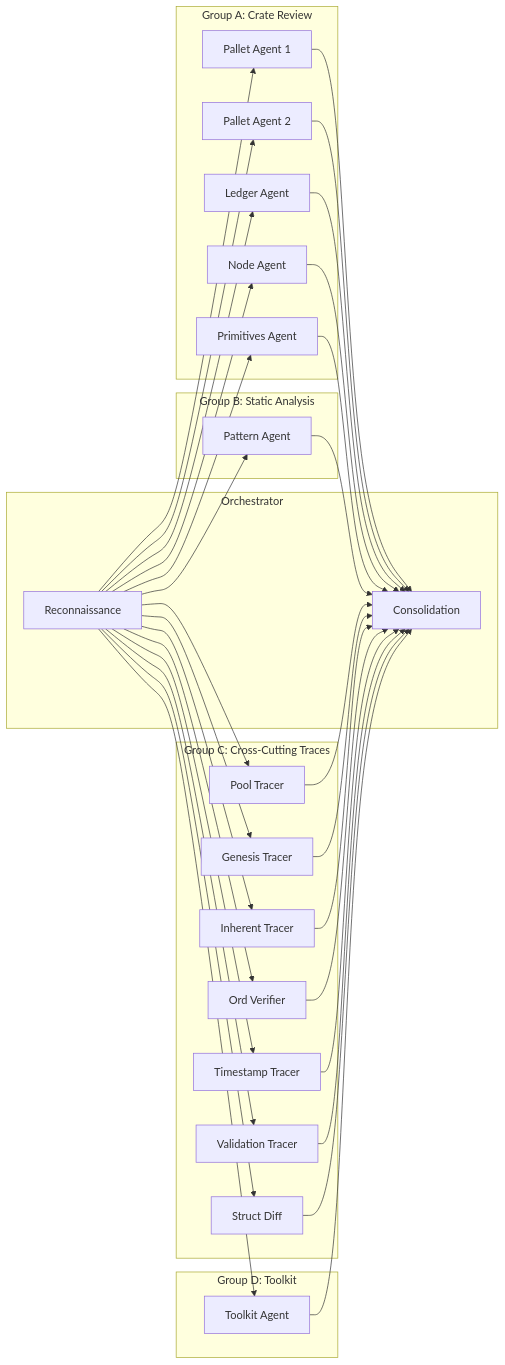
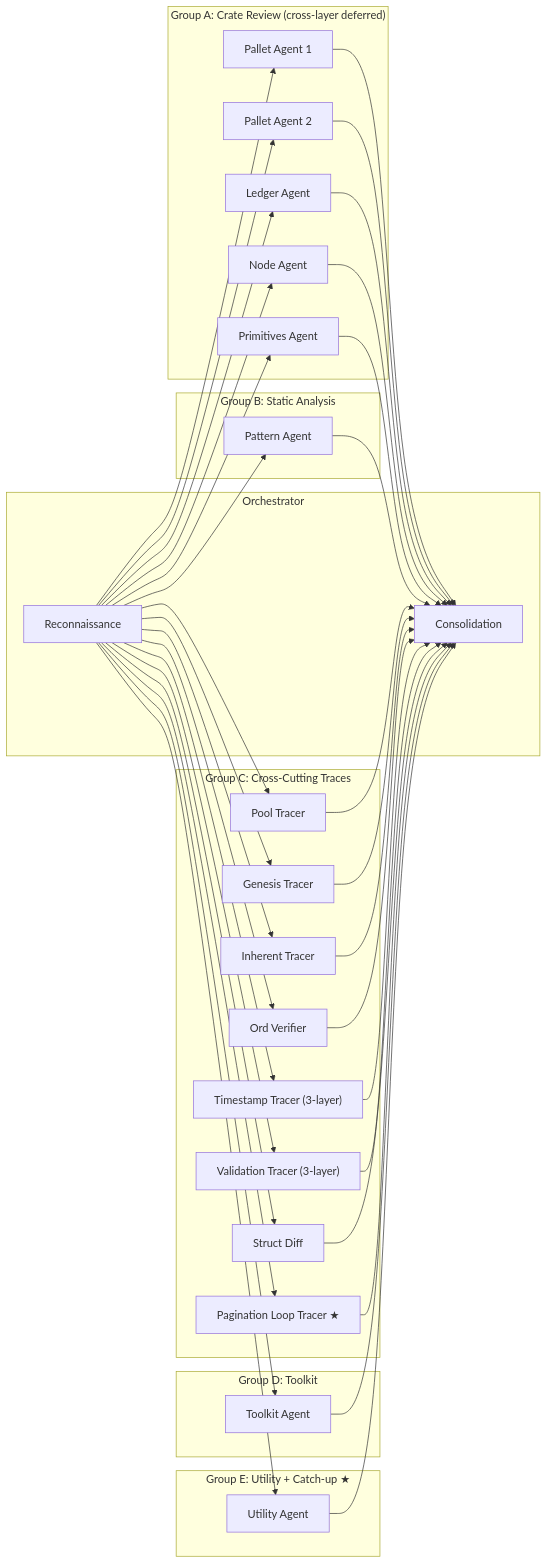
One commit to m2ux/workflow-server changed the second of 2 diagrams in substrate-node-security-audit/README.md. Above: the diagram before and after it, drawn with Mermaid. The commit also changed other lines of this file and 2 other files, not shown here.

````diff
--- a/substrate-node-security-audit/README.md
+++ b/substrate-node-security-audit/README.md
@@ -75,63 +81,72 @@
 ```mermaid
 graph LR
     subgraph orchestrator[Orchestrator]
         RECON[Reconnaissance]
         MERGE[Consolidation]
     end
 
-    subgraph groupA[Group A: Crate Review]
+    subgraph groupA["Group A: Crate Review (cross-layer deferred)"]
         A1[Pallet Agent 1]
         A2[Pallet Agent 2]
         A3[Ledger Agent]
         A4[Node Agent]
         A5[Primitives Agent]
     end
 
     subgraph groupB[Group B: Static Analysis]
         B1[Pattern Agent]
     end
 
     subgraph groupC[Group C: Cross-Cutting Traces]
         C1[Pool Tracer]
         C2[Genesis Tracer]
         C3[Inherent Tracer]
         C4[Ord Verifier]
-        C5[Timestamp Tracer]
-        C6[Validation Tracer]
+        C5["Timestamp Tracer (3-layer)"]
+        C6["Validation Tracer (3-layer)"]
         C7[Struct Diff]
+        C8["Pagination Loop Tracer ★"]
     end
 
     subgraph groupD[Group D: Toolkit]
         D1[Toolkit Agent]
+    end
+
+    subgraph groupE["Group E: Utility + Catch-up ★"]
+        E1[Utility Agent]
     end
 
     RECON --> A1
     RECON --> A2
     RECON --> A3
     RECON --> A4
     RECON --> A5
     RECON --> B1
     RECON --> C1
     RECON --> C2
     RECON --> C3
     RECON --> C4
     RECON --> C5
     RECON --> C6
     RECON --> C7
+    RECON --> C8
     RECON --> D1
+    RECON --> E1
 
     A1 --> MERGE
     A2 --> MERGE
     A3 --> MERGE
     A4 --> MERGE
     A5 --> MERGE
     B1 --> MERGE
     C1 --> MERGE
     C2 --> MERGE
     C3 --> MERGE
     C4 --> MERGE
     C5 --> MERGE
     C6 --> MERGE
     C7 --> MERGE
+    C8 --> MERGE
     D1 --> MERGE
+    E1 --> MERGE
 ```
````
